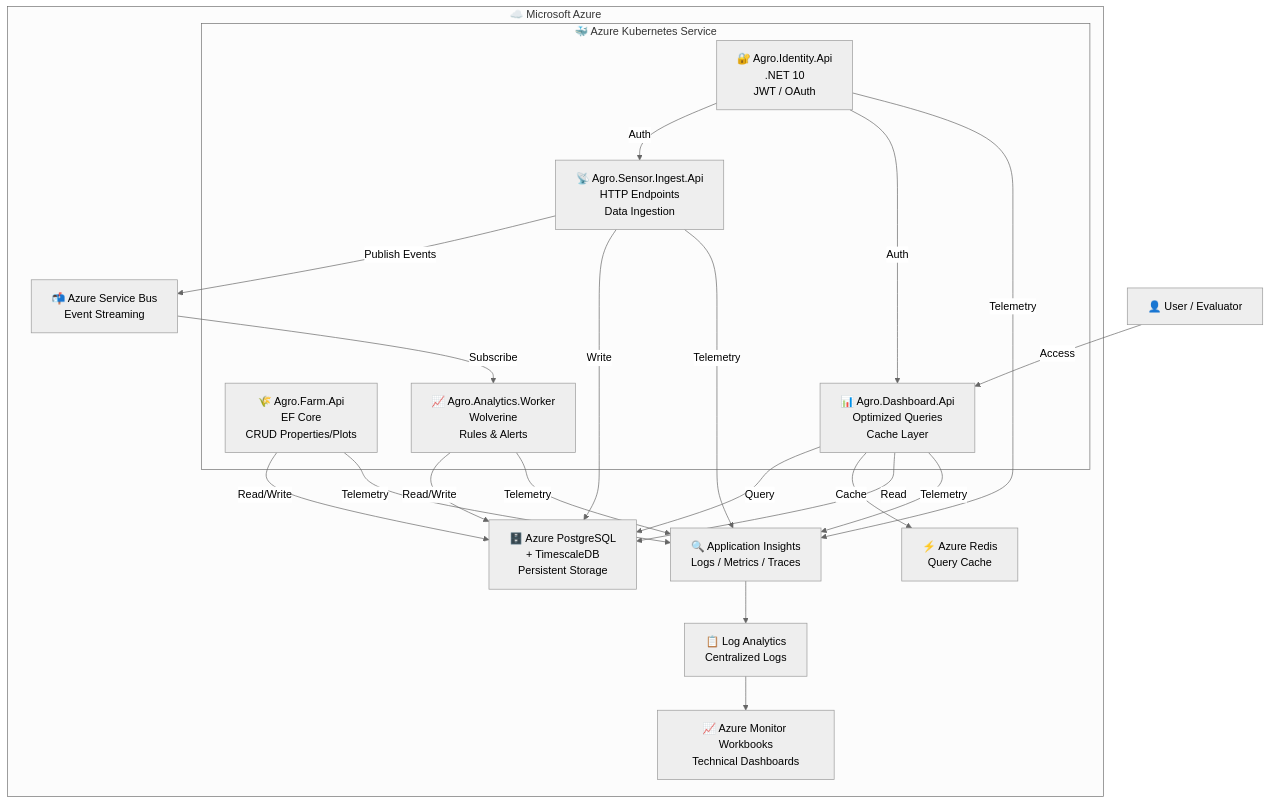
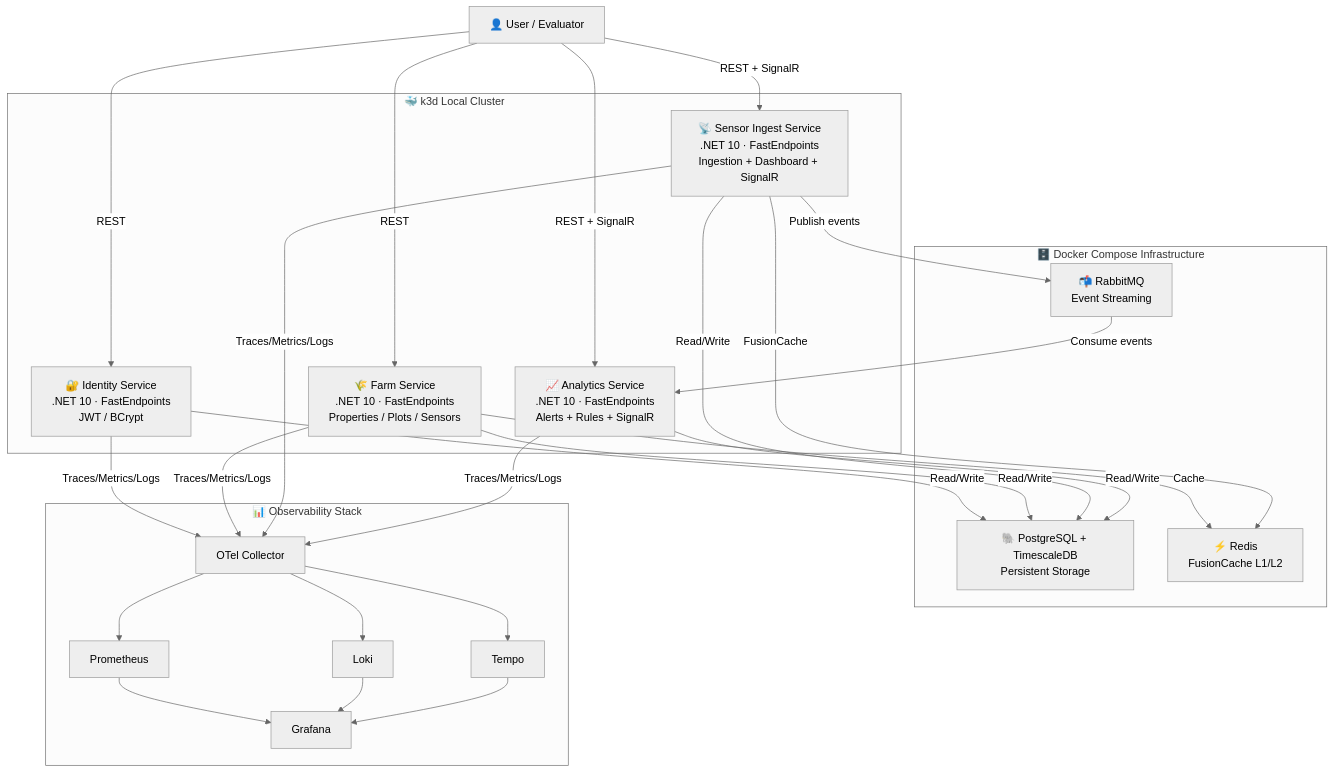
The diagram in README_ROADMAP.md (rdpresser/tc-agro-solutions), drawn with Mermaid (neutral theme) before and after one commit. The commit also changed other lines of this file and 5 other files, not shown here.

````diff
--- a/README_ROADMAP.md
+++ b/README_ROADMAP.md
@@ -24,46 +24,53 @@
 ```mermaid
 graph TB
     User["👤 User / Evaluator"]
 
-    subgraph Azure["☁️ Microsoft Azure"]
-        subgraph AKS["🐳 Azure Kubernetes Service"]
-            Identity["🔐 Agro.Identity.Api<br/>.NET 10<br/>JWT / OAuth"]
-            Farm["🌾 Agro.Farm.Api<br/>EF Core<br/>CRUD Properties/Plots"]
-            Ingest["📡 Agro.Sensor.Ingest.Api<br/>HTTP Endpoints<br/>Data Ingestion"]
-            Analytics["📈 Agro.Analytics.Worker<br/>Wolverine<br/>Rules & Alerts"]
-            Dashboard["📊 Agro.Dashboard.Api<br/>Optimized Queries<br/>Cache Layer"]
-        end
-
-        Messaging["📬 Azure Service Bus<br/>Event Streaming"]
-        Database["🗄️ Azure PostgreSQL<br/>+ TimescaleDB<br/>Persistent Storage"]
-        Cache["⚡ Azure Redis<br/>Query Cache"]
-        Telemetry["🔍 Application Insights<br/>Logs / Metrics / Traces"]
-        LogAnalytics["📋 Log Analytics<br/>Centralized Logs"]
-        Workbooks["📈 Azure Monitor Workbooks<br/>Technical Dashboards"]
+    subgraph K3D["🐳 k3d Local Cluster"]
+        Identity["🔐 Identity Service<br/>.NET 10 · FastEndpoints<br/>JWT / BCrypt"]
+        Farm["🌾 Farm Service<br/>.NET 10 · FastEndpoints<br/>Properties / Plots / Sensors"]
+        Ingest["📡 Sensor Ingest Service<br/>.NET 10 · FastEndpoints<br/>Ingestion + Dashboard + SignalR"]
+        Analytics["📈 Analytics Service<br/>.NET 10 · FastEndpoints<br/>Alerts + Rules + SignalR"]
     end
 
-    User -->|Access| Dashboard
+    subgraph Infra["🗄️ Docker Compose Infrastructure"]
+        RabbitMQ["📬 RabbitMQ<br/>Event Streaming"]
+        Postgres["🐘 PostgreSQL + TimescaleDB<br/>Persistent Storage"]
+        Redis["⚡ Redis<br/>FusionCache L1/L2"]
+    end
 
-    Dashboard -->|Query| Database
-    Dashboard -->|Cache| Cache
+    subgraph Obs["📊 Observability Stack"]
+        Prometheus["Prometheus"]
+        Grafana["Grafana"]
+        Loki["Loki"]
+        Tempo["Tempo"]
+        OTel["OTel Collector"]
+    end
 
-    Ingest -->|Publish Events| Messaging
-    Messaging -->|Subscribe| Analytics
+    User -->|"REST + SignalR"| Ingest
+    User -->|"REST + SignalR"| Analytics
+    User -->|REST| Farm
+    User -->|REST| Identity
 
-    Identity -->|Auth| Ingest
-    Identity -->|Auth| Dashboard
+    Ingest -->|"Publish events"| RabbitMQ
+    RabbitMQ -->|"Consume events"| Analytics
 
-    Farm -->|Read/Write| Database
-    Ingest -->|Write| Database
-    Analytics -->|Read/Write| Database
-    Dashboard -->|Read| Database
+    Identity -->|Read/Write| Postgres
+    Farm -->|Read/Write| Postgres
+    Ingest -->|Read/Write| Postgres
+    Analytics -->|Read/Write| Postgres
 
-    Identity -->|Telemetry| Telemetry
-    Farm -->|Telemetry| Telemetry
-    Ingest -->|Telemetry| Telemetry
-    Analytics -->|Telemetry| Telemetry
-    Dashboard -->|Telemetry| Telemetry
+    Farm -->|Cache| Redis
+    Ingest -->|"FusionCache"| Redis
 
-    Telemetry --> LogAnalytics
-    LogAnalytics --> Workbooks
+    Identity -->|Traces/Metrics/Logs| OTel
+    Farm -->|Traces/Metrics/Logs| OTel
+    Ingest -->|Traces/Metrics/Logs| OTel
+    Analytics -->|Traces/Metrics/Logs| OTel
+
+    OTel --> Prometheus
+    OTel --> Loki
+    OTel --> Tempo
+    Prometheus --> Grafana
+    Loki --> Grafana
+    Tempo --> Grafana
 ```
````
